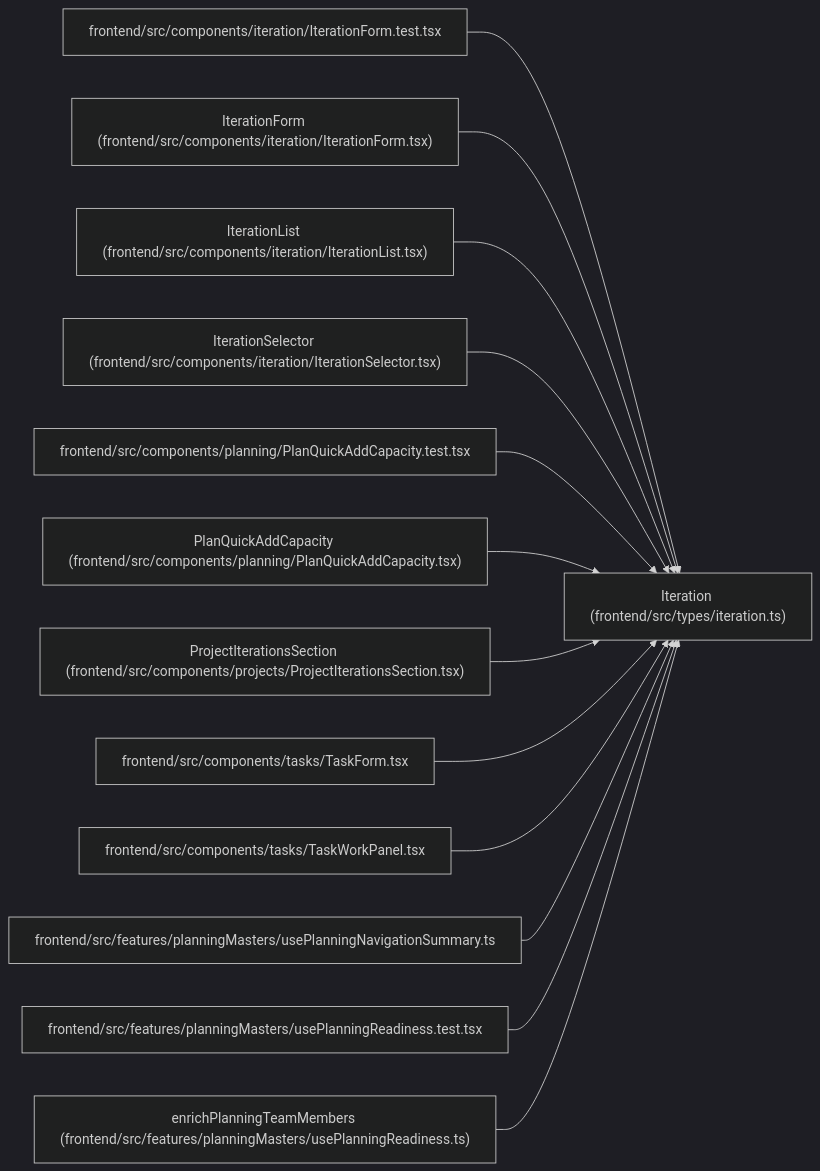
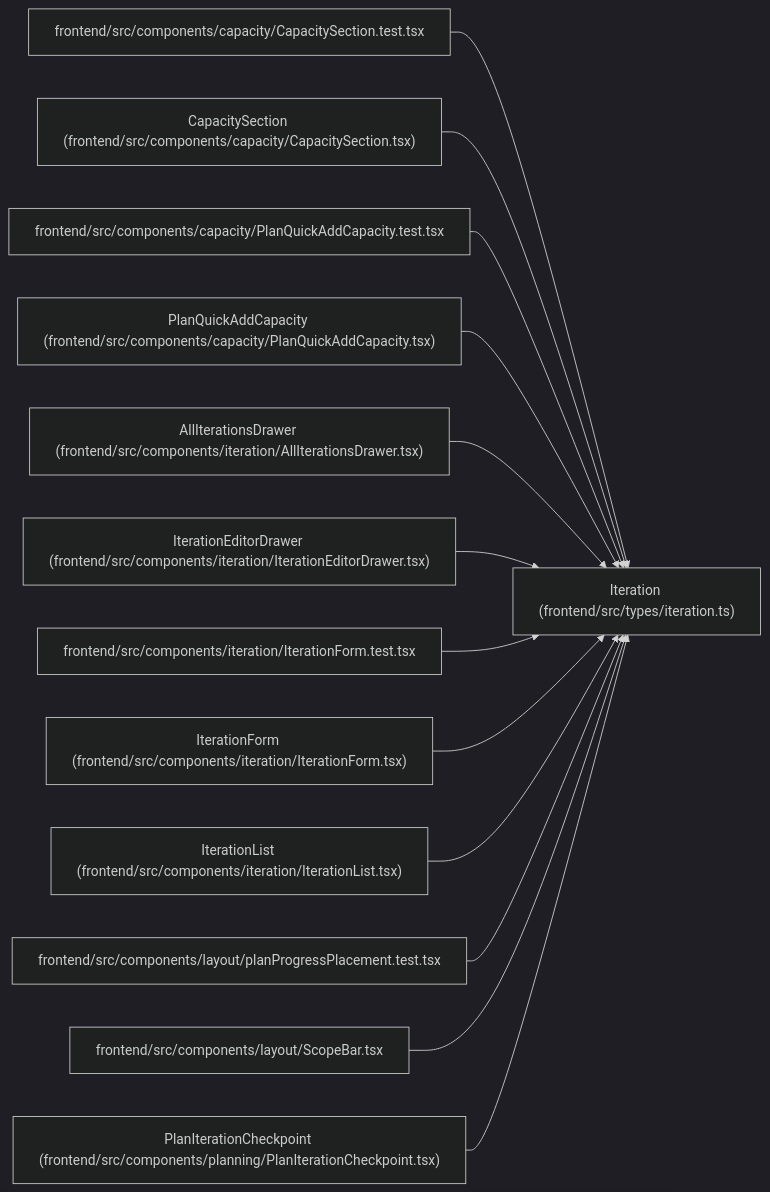
Before and after one commit to Denissvgn/WorkChord: the diagram in docs/llm_wiki/entities/types_iteration_Iteration.md, drawn with Mermaid (dark theme). The commit also changed other lines of this file and 2373 other files, not shown here.

````diff
--- a/docs/llm_wiki/entities/types_iteration_Iteration.md
+++ b/docs/llm_wiki/entities/types_iteration_Iteration.md
@@ -35,41 +35,41 @@
 ```mermaid
 flowchart LR
     n0["Iteration (frontend/src/types/iteration.ts)"]
-    n1["frontend/src/components/iteration/IterationForm.test.tsx"]
-    n2["IterationForm (frontend/src/components/iteration/IterationForm.tsx)"]
-    n3["IterationList (frontend/src/components/iteration/IterationList.tsx)"]
-    n4["IterationSelector (frontend/src/components/iteration/IterationSelector.tsx)"]
-    n5["frontend/src/components/planning/PlanQuickAddCapacity.test.tsx"]
-    n6["PlanQuickAddCapacity (frontend/src/components/planning/PlanQuickAddCapacity.tsx)"]
-    n7["ProjectIterationsSection (frontend/src/components/projects/ProjectIterationsSection.tsx)"]
-    n8["frontend/src/components/tasks/TaskForm.tsx"]
-    n9["frontend/src/components/tasks/TaskWorkPanel.tsx"]
-    n10["frontend/src/features/planningMasters/usePlanningNavigationSummary.ts"]
-    n11["frontend/src/features/planningMasters/usePlanningReadiness.test.tsx"]
-    n12["enrichPlanningTeamMembers (frontend/src/features/planningMasters/usePlanningReadiness.ts)"]
+    n1["frontend/src/components/capacity/CapacitySection.test.tsx"]
+    n2["CapacitySection (frontend/src/components/capacity/CapacitySection.tsx)"]
+    n3["frontend/src/components/capacity/PlanQuickAddCapacity.test.tsx"]
+    n4["PlanQuickAddCapacity (frontend/src/components/capacity/PlanQuickAddCapacity.tsx)"]
+    n5["AllIterationsDrawer (frontend/src/components/iteration/AllIterationsDrawer.tsx)"]
+    n6["IterationEditorDrawer (frontend/src/components/iteration/IterationEditorDrawer.tsx)"]
+    n7["frontend/src/components/iteration/IterationForm.test.tsx"]
+    n8["IterationForm (frontend/src/components/iteration/IterationForm.tsx)"]
+    n9["IterationList (frontend/src/components/iteration/IterationList.tsx)"]
+    n10["frontend/src/components/layout/planProgressPlacement.test.tsx"]
+    n11["frontend/src/components/layout/ScopeBar.tsx"]
+    n12["PlanIterationCheckpoint (frontend/src/components/planning/PlanIterationCheckpoint.tsx)"]
     n1 --> n0
     n2 --> n0
     n3 --> n0
     n4 --> n0
     n5 --> n0
     n6 --> n0
     n7 --> n0
     n8 --> n0
     n9 --> n0
     n10 --> n0
     n11 --> n0
     n12 --> n0
     click n0 "../modules/types_iteration.md"
-    click n1 "../modules/IterationForm.test.md"
-    click n2 "../modules/IterationForm.md"
-    click n3 "../modules/IterationList.md"
-    click n4 "../modules/IterationSelector.md"
-    click n5 "../modules/PlanQuickAddCapacity.test.md"
-    click n6 "../modules/PlanQuickAddCapacity.md"
-    click n7 "../modules/ProjectIterationsSection.md"
-    click n8 "../modules/TaskForm.md"
-    click n9 "../modules/TaskWorkPanel.md"
-    click n10 "../modules/usePlanningNavigationSummary.md"
-    click n11 "../modules/usePlanningReadiness.test.md"
-    click n12 "../modules/usePlanningReadiness.md"
+    click n1 "../modules/CapacitySection.test.md"
+    click n2 "../modules/CapacitySection.md"
+    click n3 "../modules/PlanQuickAddCapacity.test.md"
+    click n4 "../modules/PlanQuickAddCapacity.md"
+    click n5 "../modules/AllIterationsDrawer.md"
+    click n6 "../modules/IterationEditorDrawer.md"
+    click n7 "../modules/IterationForm.test.md"
+    click n8 "../modules/IterationForm.md"
+    click n9 "../modules/IterationList.md"
+    click n10 "../modules/planProgressPlacement.test.md"
+    click n11 "../modules/ScopeBar.md"
+    click n12 "../modules/PlanIterationCheckpoint.md"
 ```
````
